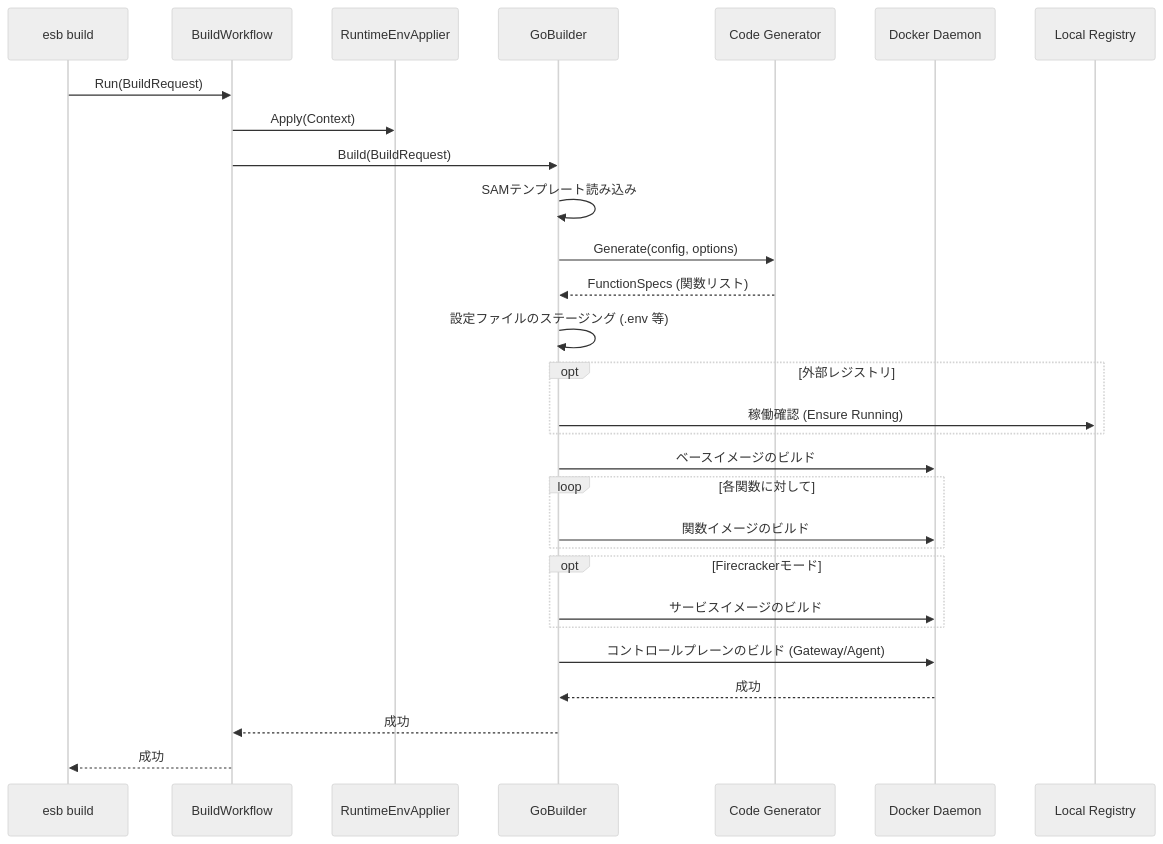
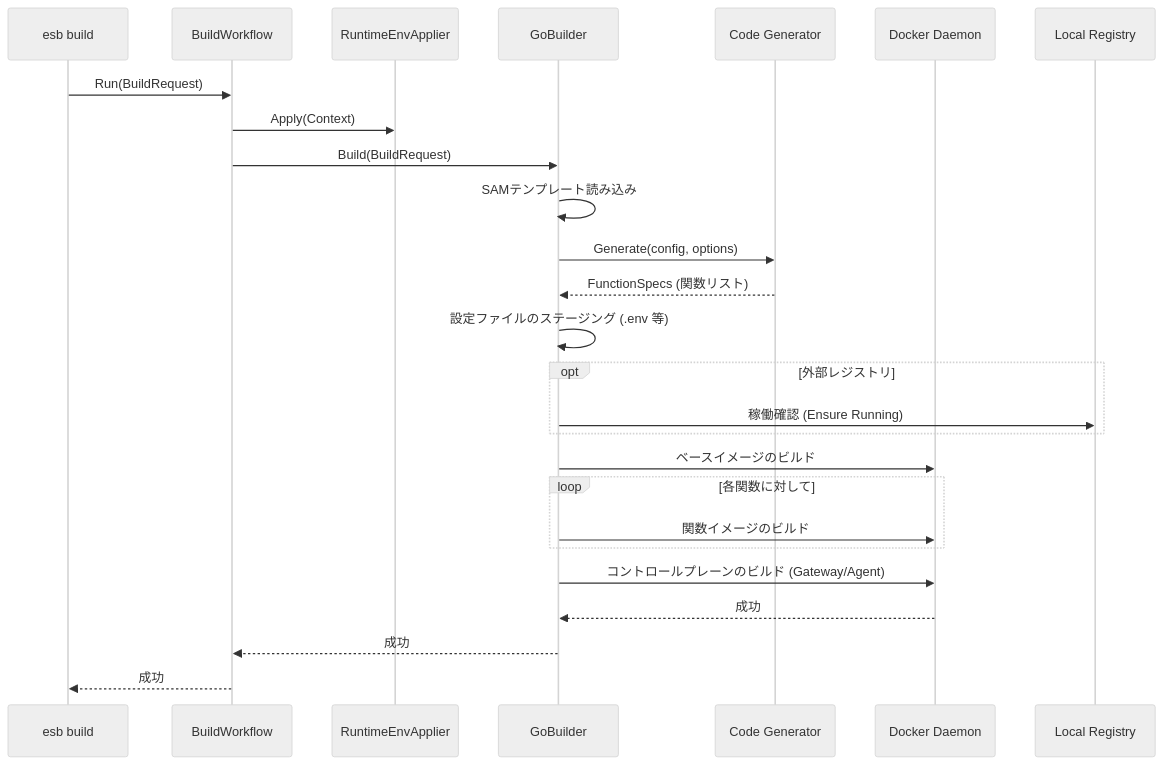
Before and after one commit to poruru-code/esb-cli: the diagram in docs/build.md, drawn with Mermaid (neutral theme). The commit also changed other lines of this file and 29 other files, not shown here.

````diff
--- a/docs/build.md
+++ b/docs/build.md
@@ -59,39 +58,35 @@
 ```mermaid
 sequenceDiagram
     participant CLI as esb build
     participant WF as BuildWorkflow
     participant Env as RuntimeEnvApplier
     participant Builder as GoBuilder
     participant Generator as Code Generator
     participant Docker as Docker Daemon
     participant Registry as Local Registry
 
     CLI->>WF: Run(BuildRequest)
     WF->>Env: Apply(Context)
     WF->>Builder: Build(BuildRequest)
     Builder->>Builder: SAMテンプレート読み込み
     Builder->>Generator: Generate(config, options)
     Generator-->>Builder: FunctionSpecs (関数リスト)
 
     Builder->>Builder: 設定ファイルのステージング (.env 等)
 
     opt 外部レジストリ
         Builder->>Registry: 稼働確認 (Ensure Running)
     end
 
     Builder->>Docker: ベースイメージのビルド
 
     loop 各関数に対して
         Builder->>Docker: 関数イメージのビルド
     end
 
-    opt Firecrackerモード
-        Builder->>Docker: サービスイメージのビルド
-    end
-
     Builder->>Docker: コントロールプレーンのビルド (Gateway/Agent)
 
     Docker-->>Builder: 成功
     Builder-->>WF: 成功
     WF-->>CLI: 成功
 ```
````
